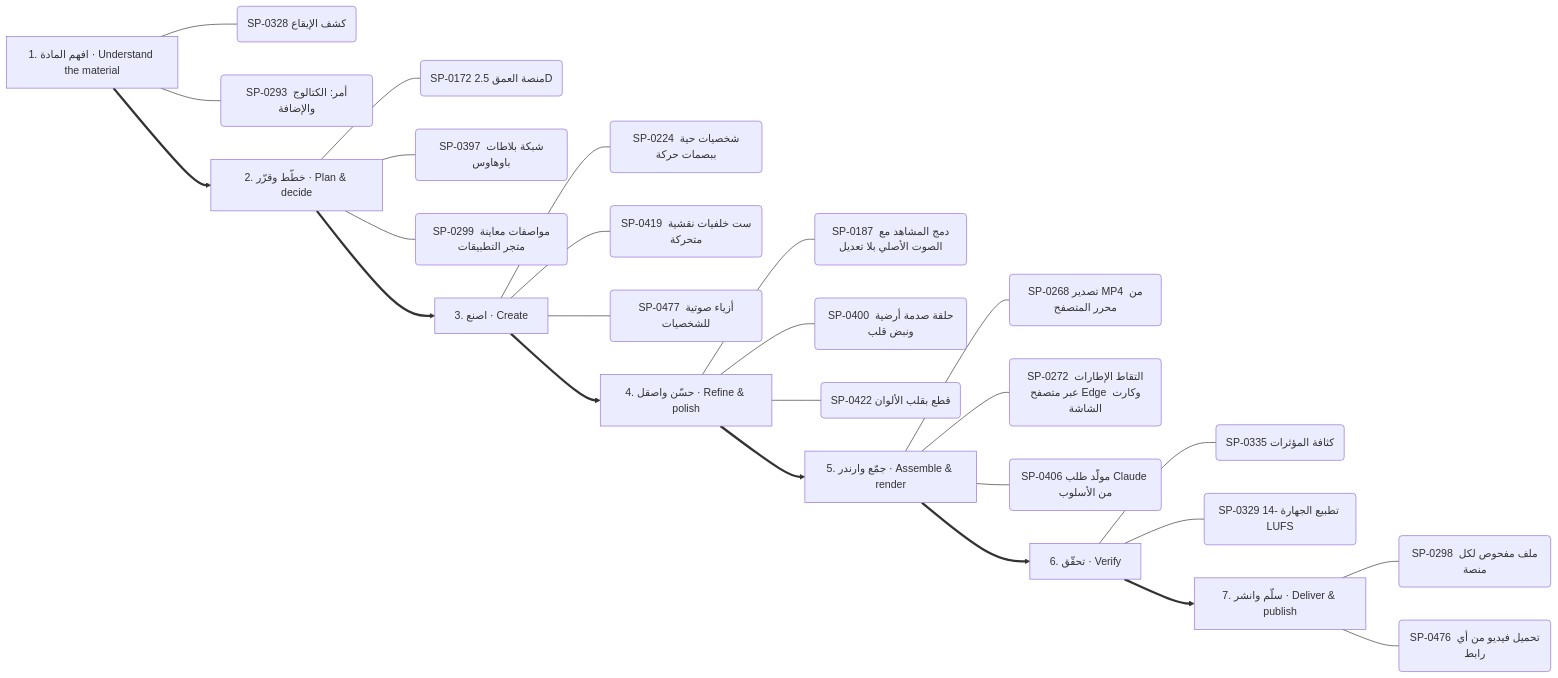
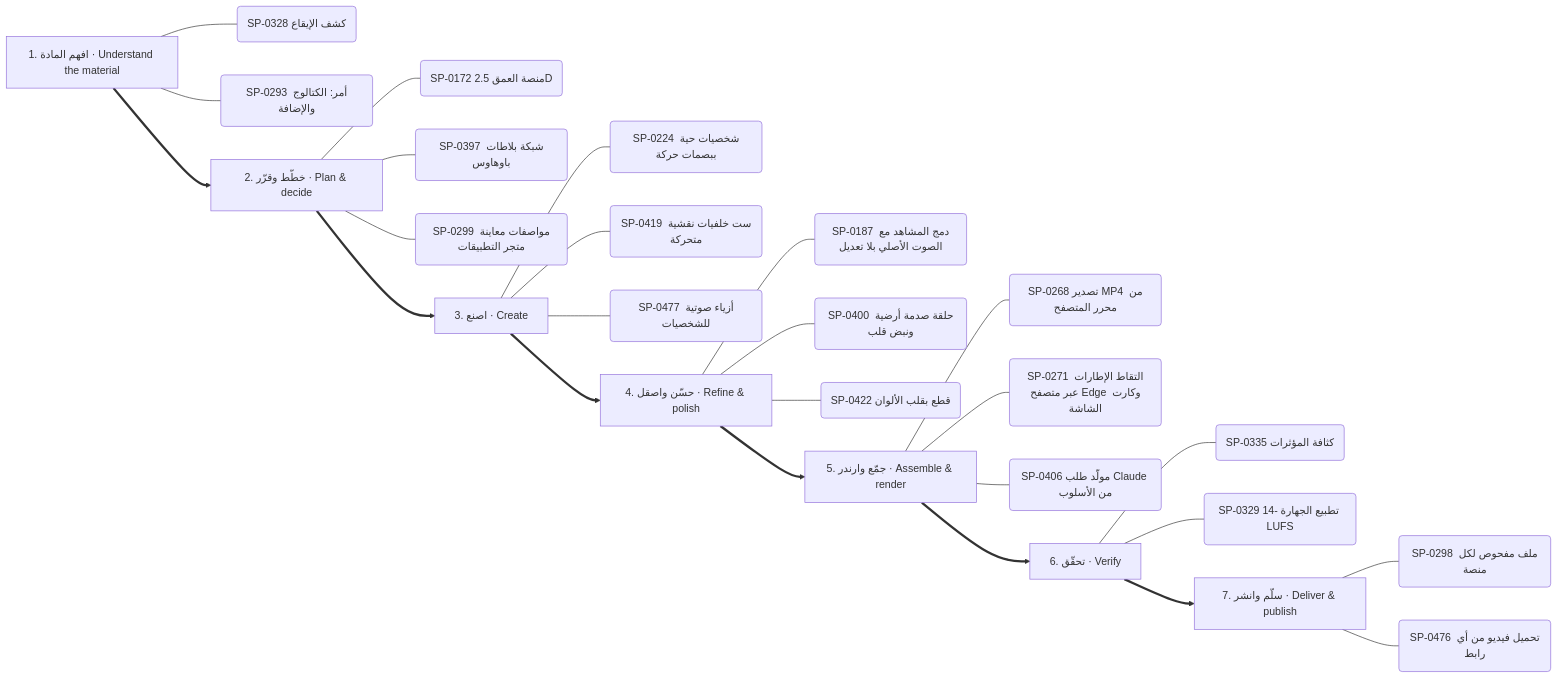
The fourth of 13 diagrams in .claude/skills/kosif-superpowers/references/capability-mindmap.md (kosif199022-jpg/kosif-tool), drawn with Mermaid before and after one commit. The commit also changed other lines of this file and 52 other files, not shown here.

````diff
--- a/.claude/skills/kosif-superpowers/references/capability-mindmap.md
+++ b/.claude/skills/kosif-superpowers/references/capability-mindmap.md
@@ -229,34 +229,34 @@
 ```mermaid
 flowchart LR
   S0["1. افهم المادة · Understand the material"]
   S0 --- S0_0("SP-0328 كشف الإيقاع")
   S0 --- S0_1("SP-0293 أمر: الكتالوج والإضافة")
   S1["2. خطّط وقرّر · Plan & decide"]
   S1 --- S1_0("SP-0172 منصة العمق 2.5D")
   S1 --- S1_1("SP-0397 شبكة بلاطات باوهاوس")
   S1 --- S1_2("SP-0299 مواصفات معاينة متجر التطبيقات")
   S0 ==> S1
   S2["3. اصنع · Create"]
   S2 --- S2_0("SP-0224 شخصيات حية ببصمات حركة")
   S2 --- S2_1("SP-0419 ست خلفيات نقشية متحركة")
   S2 --- S2_2("SP-0477 أزياء صوتية للشخصيات")
   S1 ==> S2
   S3["4. حسّن واصقل · Refine & polish"]
   S3 --- S3_0("SP-0187 دمج المشاهد مع الصوت الأصلي بلا تعديل")
   S3 --- S3_1("SP-0400 حلقة صدمة أرضية ونبض قلب")
   S3 --- S3_2("SP-0422 قطع بقلب الألوان")
   S2 ==> S3
   S4["5. جمّع وارندر · Assemble & render"]
   S4 --- S4_0("SP-0268 تصدير MP4 من محرر المتصفح")
-  S4 --- S4_1("SP-0272 التقاط الإطارات عبر متصفح Edge وكارت الشاشة")
+  S4 --- S4_1("SP-0271 التقاط الإطارات عبر متصفح Edge وكارت الشاشة")
   S4 --- S4_2("SP-0406 مولّد طلب Claude من الأسلوب")
   S3 ==> S4
   S5["6. تحقّق · Verify"]
   S5 --- S5_0("SP-0335 كثافة المؤثرات")
   S5 --- S5_1("SP-0329 تطبيع الجهارة -14 LUFS")
   S4 ==> S5
   S6["7. سلّم وانشر · Deliver & publish"]
   S6 --- S6_0("SP-0298 ملف مفحوص لكل منصة")
   S6 --- S6_1("SP-0476 تحميل فيديو من أي رابط")
   S5 ==> S6
 ```
````
